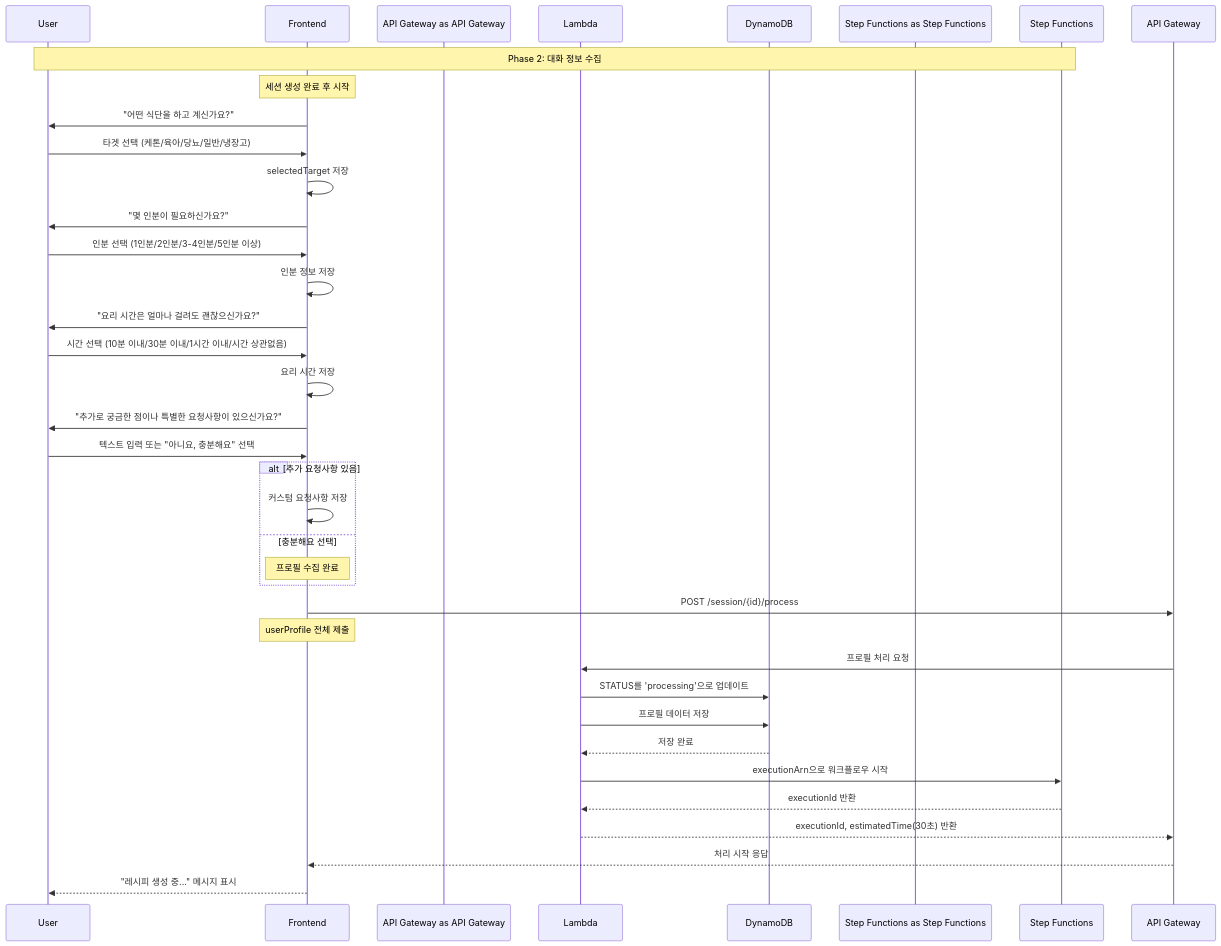
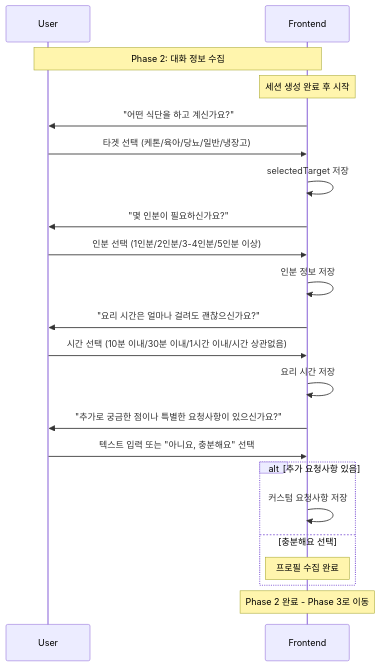
Before and after one commit to awsqhackathonXddeokssang/team21-aws-hackathon: the diagram in docs/integration/sequences/PHASE2_COLLECTION.md, drawn with Mermaid. The commit also changed other lines of this file, not shown here.

Commit message:
Update PHASE2_COLLECTION: remove processing part, focus on data collection only

````diff
--- a/docs/integration/sequences/PHASE2_COLLECTION.md
+++ b/docs/integration/sequences/PHASE2_COLLECTION.md
@@ -8,55 +8,37 @@
 ```mermaid
 sequenceDiagram
     participant User
     participant Frontend
-    participant API Gateway as API Gateway
-    participant Lambda
-    participant DynamoDB
-    participant Step Functions as Step Functions
 
-    Note over User, Step Functions: Phase 2: 대화 정보 수집
+    Note over User, Frontend: Phase 2: 대화 정보 수집
 
     %% 세션 시작 후 4단계 질문
     Note over Frontend: 세션 생성 완료 후 시작
     
     %% 1단계: 타겟 선택
     Frontend->>User: "어떤 식단을 하고 계신가요?"
     User->>Frontend: 타겟 선택 (케톤/육아/당뇨/일반/냉장고)
     Frontend->>Frontend: selectedTarget 저장
     
     %% 2단계: 인분 선택
     Frontend->>User: "몇 인분이 필요하신가요?"
     User->>Frontend: 인분 선택 (1인분/2인분/3-4인분/5인분 이상)
     Frontend->>Frontend: 인분 정보 저장
     
     %% 3단계: 요리 시간
     Frontend->>User: "요리 시간은 얼마나 걸려도 괜찮으신가요?"
     User->>Frontend: 시간 선택 (10분 이내/30분 이내/1시간 이내/시간 상관없음)
     Frontend->>Frontend: 요리 시간 저장
     
     %% 4단계: 커스텀 질문
     Frontend->>User: "추가로 궁금한 점이나 특별한 요청사항이 있으신가요?"
     User->>Frontend: 텍스트 입력 또는 "아니요, 충분해요" 선택
     
     alt 추가 요청사항 있음
         Frontend->>Frontend: 커스텀 요청사항 저장
     else 충분해요 선택
         Note over Frontend: 프로필 수집 완료
     end
     
-    %% 프로필 제출 및 처리 시작
-    Frontend->>API Gateway: POST /session/{id}/process
-    Note over Frontend: userProfile 전체 제출
-    
-    API Gateway->>Lambda: 프로필 처리 요청
-    Lambda->>DynamoDB: STATUS를 'processing'으로 업데이트
-    Lambda->>DynamoDB: 프로필 데이터 저장
-    DynamoDB-->>Lambda: 저장 완료
-    
-    Lambda->>Step Functions: executionArn으로 워크플로우 시작
-    Step Functions-->>Lambda: executionId 반환
-    
-    Lambda-->>API Gateway: executionId, estimatedTime(30초) 반환
-    API Gateway-->>Frontend: 처리 시작 응답
-    Frontend-->>User: "레시피 생성 중..." 메시지 표시
+    Note over Frontend: Phase 2 완료 - Phase 3로 이동
 ```
````
